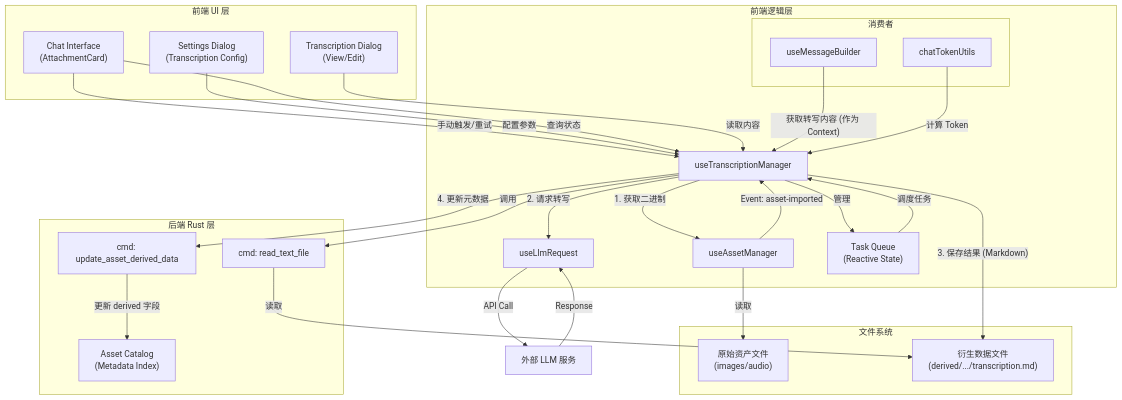
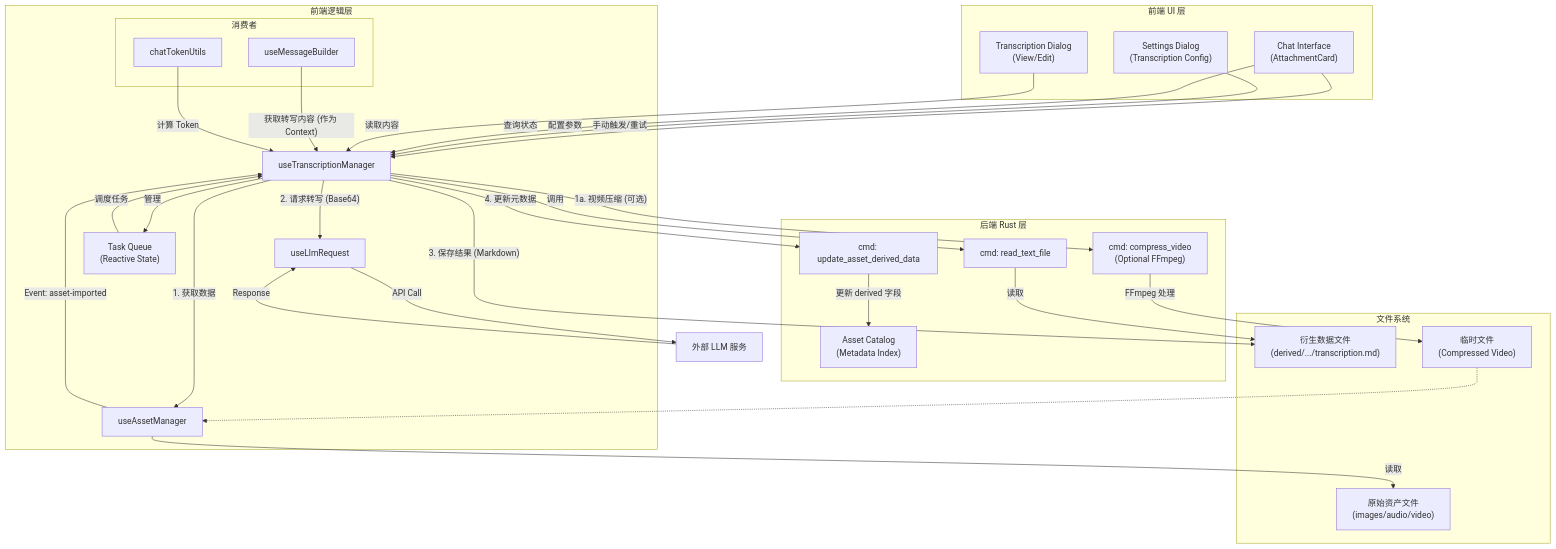
One commit to miaotouy/aio-hub changed the diagram in docs/architecture/transcription-architecture.md. Above: the diagram before and after it, drawn with Mermaid. The commit also changed other lines of this file and 8 other files, not shown here.

````diff
--- a/docs/architecture/transcription-architecture.md
+++ b/docs/architecture/transcription-architecture.md
@@ -18,61 +19,69 @@
 ```mermaid
 graph TD
     subgraph UI [前端 UI 层]
         ChatUI["Chat Interface<br/>(AttachmentCard)"]
         Settings["Settings Dialog<br/>(Transcription Config)"]
         TransDialog["Transcription Dialog<br/>(View/Edit)"]
     end
 
     subgraph Logic [前端逻辑层]
         TM[useTranscriptionManager]
         AM[useAssetManager]
         LLM_Req[useLlmRequest]
         Queue["Task Queue<br/>(Reactive State)"]
         
         subgraph Consumers [消费者]
             MsgBuilder[useMessageBuilder]
             TokenCalc[chatTokenUtils]
         end
     end
 
     subgraph Backend [后端 Rust 层]
         CmdUpdate["cmd: update_asset_derived_data"]
         CmdRead["cmd: read_text_file"]
+        CmdVideo["cmd: compress_video<br/>(Optional FFmpeg)"]
         Catalog["Asset Catalog<br/>(Metadata Index)"]
     end
 
     subgraph FS [文件系统]
-        OriginalFiles["原始资产文件<br/>(images/audio)"]
+        OriginalFiles["原始资产文件<br/>(images/audio/video)"]
         DerivedFiles["衍生数据文件<br/>(derived/.../transcription.md)"]
+        TempFiles["临时文件<br/>(Compressed Video)"]
     end
 
     ExtLLM[外部 LLM 服务]
 
     %% 触发流程
     AM -- "Event: asset-imported" --> TM
     ChatUI -- "手动触发/重试" --> TM
     Settings -- "配置参数" --> TM
 
     %% 核心处理流程
     TM -- "管理" --> Queue
     Queue -- "调度任务" --> TM
-    TM -- "1. 获取二进制" --> AM
+    TM -- "1. 获取数据" --> AM
     AM -- "读取" --> OriginalFiles
-    TM -- "2. 请求转写" --> LLM_Req
+    
+    %% 视频特殊处理分支
+    TM -- "1a. 视频压缩 (可选)" --> CmdVideo
+    CmdVideo -- "FFmpeg 处理" --> TempFiles
+    TempFiles -.-> AM
+    
+    TM -- "2. 请求转写 (Base64)" --> LLM_Req
     LLM_Req -- "API Call" --> ExtLLM
     ExtLLM -- "Response" --> LLM_Req
     
     %% 结果保存流程
     TM -- "3. 保存结果 (Markdown)" --> DerivedFiles
     TM -- "4. 更新元数据" --> CmdUpdate
     CmdUpdate -- "更新 derived 字段" --> Catalog
 
     %% 消费流程
     ChatUI -- "查询状态" --> TM
     TransDialog -- "读取内容" --> TM
     TM -- "调用" --> CmdRead
     CmdRead -- "读取" --> DerivedFiles
     
     MsgBuilder -- "获取转写内容 (作为 Context)" --> TM
     TokenCalc -- "计算 Token" --> TM
 ```
````
